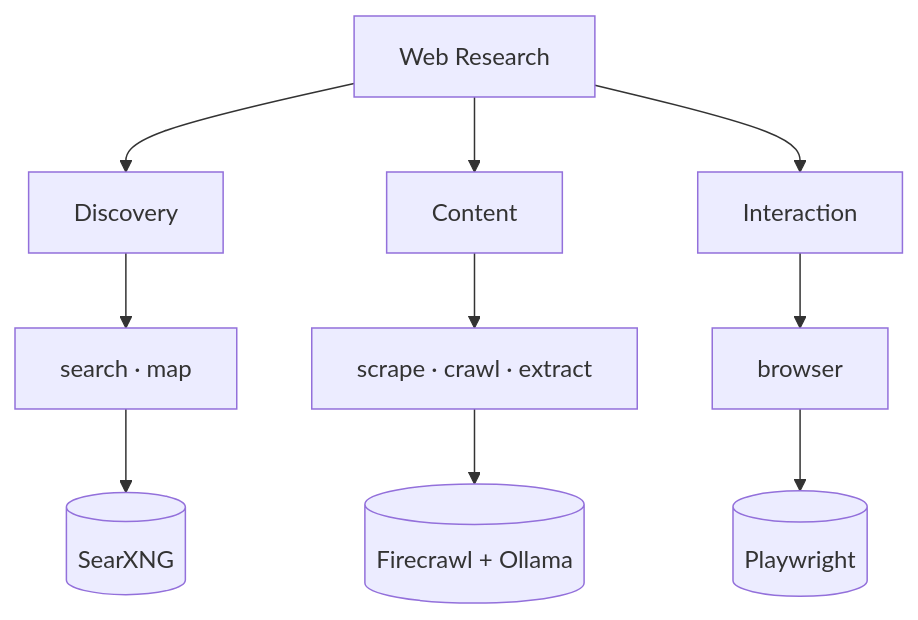
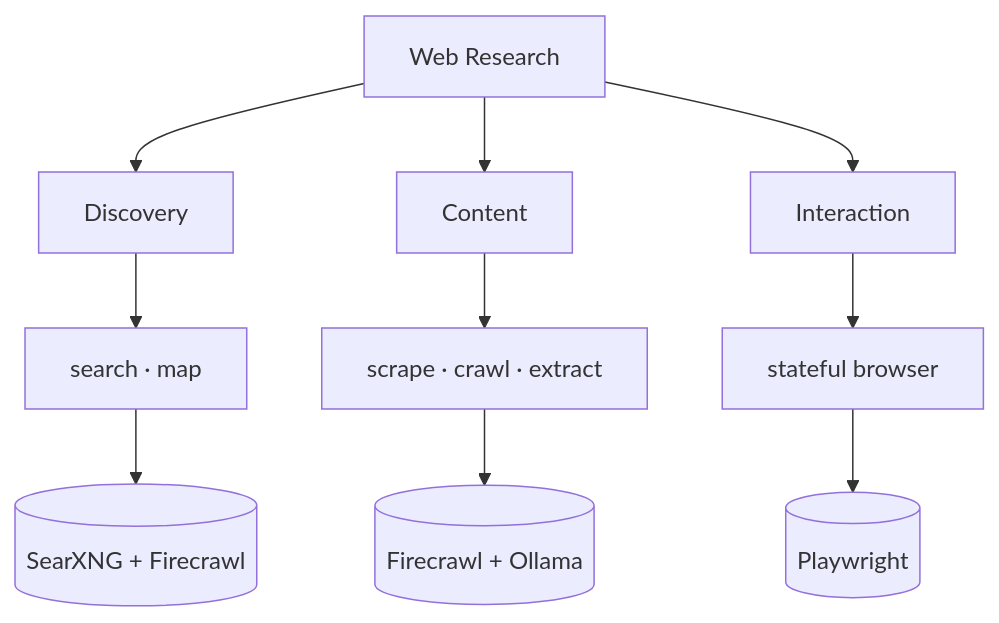
Before and after one commit to drintoul/web-research: the third of 3 diagrams in README.md, drawn with Mermaid. The commit also changed other lines of this file, not shown here.

````diff
--- a/README.md
+++ b/README.md
@@ -1482,13 +1614,16 @@
-```mermaid
+``` mermaid
 %%{init: {'theme': 'default', 'flowchart': {'useMaxWidth': true}}}%%
 flowchart TD
-    A[Web Research] --> B[Discovery]
+    A[Web Research]
+    A --> B[Discovery]
     A --> C[Content]
     A --> D[Interaction]
+
     B --> E[search · map]
     C --> F[scrape · crawl · extract]
-    D --> G[browser]
-    E --> H[(SearXNG)]
+    D --> G[stateful browser]
+
+    E --> H[(SearXNG + Firecrawl)]
     F --> I[(Firecrawl + Ollama)]
     G --> J[(Playwright)]
 ```
````
